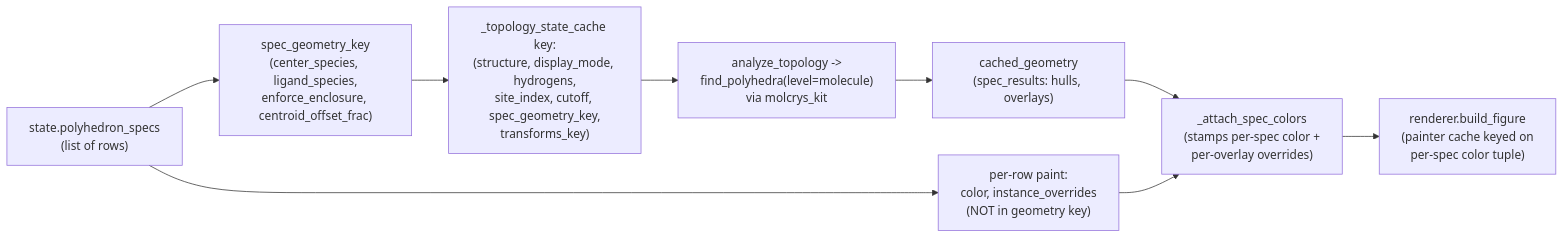
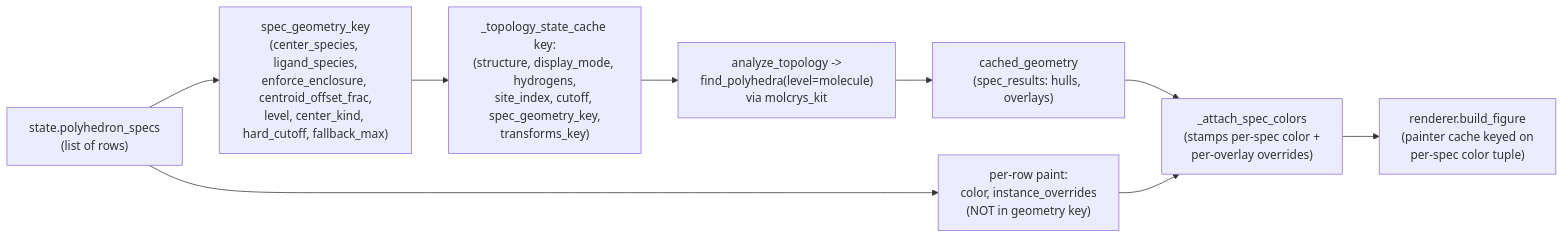
One commit to SchrodingersCattt/MatterVis changed the first of 2 diagrams in agents/polyhedron_api.md. Above: the diagram before and after it, drawn with Mermaid. The commit also changed other lines of this file and 15 other files, not shown here.

````diff
--- a/agents/polyhedron_api.md
+++ b/agents/polyhedron_api.md
@@ -37,11 +41,11 @@
 ```mermaid
 flowchart LR
-  A["state.polyhedron_specs<br/>(list of rows)"] --> G["spec_geometry_key<br/>(center_species, ligand_species,<br/>enforce_enclosure, centroid_offset_frac)"]
+  A["state.polyhedron_specs<br/>(list of rows)"] --> G["spec_geometry_key<br/>(center_species, ligand_species,<br/>enforce_enclosure, centroid_offset_frac,<br/>level, center_kind, hard_cutoff, fallback_max)"]
   A --> P["per-row paint:<br/>color, instance_overrides<br/>(NOT in geometry key)"]
   G --> K["_topology_state_cache key:<br/>(structure, display_mode, hydrogens,<br/>site_index, cutoff, spec_geometry_key,<br/>transforms_key)"]
   K --> M["analyze_topology -><br/>find_polyhedra(level=molecule)<br/>via molcrys_kit"]
   M --> R["cached_geometry<br/>(spec_results: hulls, overlays)"]
   R --> S["_attach_spec_colors<br/>(stamps per-spec color +<br/>per-overlay overrides)"]
   P --> S
   S --> F["renderer.build_figure<br/>(painter cache keyed on<br/>per-spec color tuple)"]
 ```
````
